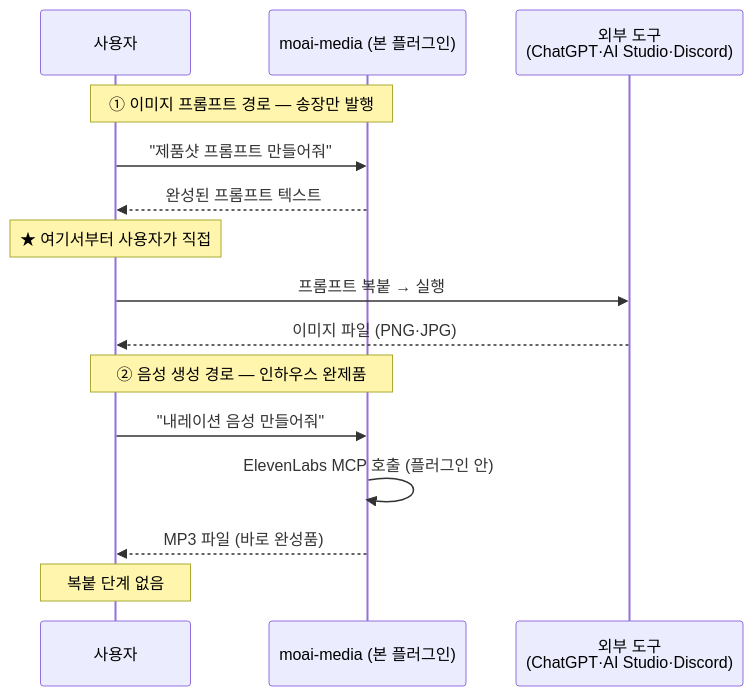
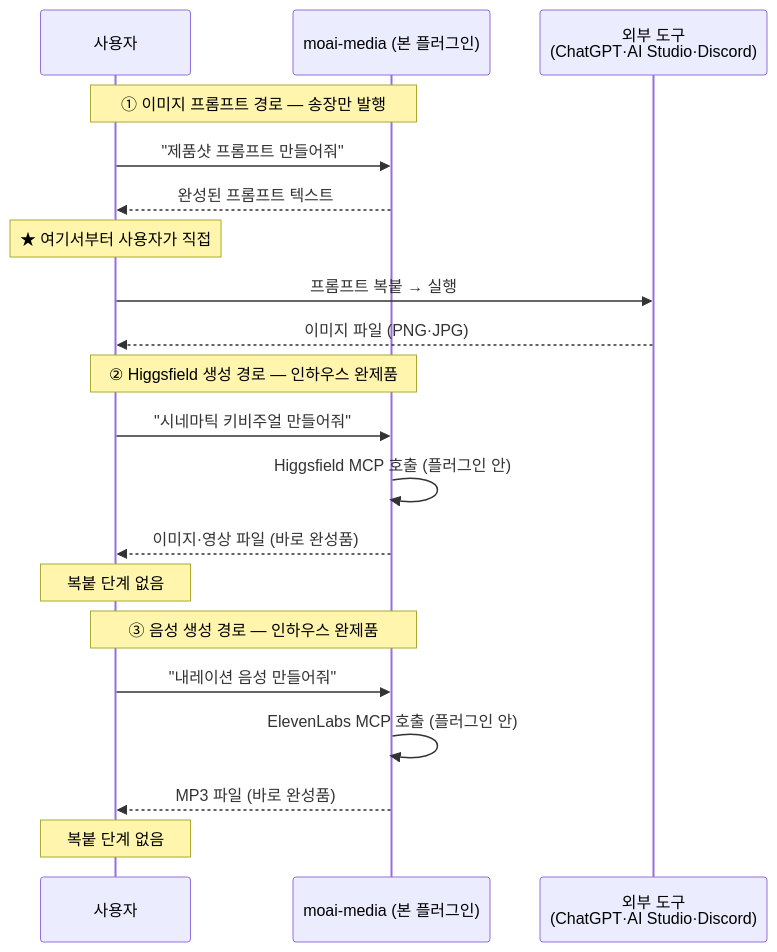
Before and after one commit to modu-ai/claude: the second of 2 diagrams in content/plugins/moai-media.md, drawn with Mermaid. The commit also changed other lines of this file and 84 other files, not shown here.

First line of the commit message:
docs(docs-site): drawio → mermaid 전환 + 카운트 정정 + drawio 잔재 제거 (v2.23.0)

````diff
--- a/content/plugins/moai-media.md
+++ b/content/plugins/moai-media.md
@@ -53,19 +62,25 @@
 ```mermaid
 sequenceDiagram
     participant U as 사용자
     participant M as moai-media (본 플러그인)
     participant E as 외부 도구<br/>(ChatGPT·AI Studio·Discord)
 
     Note over U,M: ① 이미지 프롬프트 경로 — 송장만 발행
     U->>M: "제품샷 프롬프트 만들어줘"
     M-->>U: 완성된 프롬프트 텍스트
     Note over U: ★ 여기서부터 사용자가 직접
     U->>E: 프롬프트 복붙 → 실행
     E-->>U: 이미지 파일 (PNG·JPG)
 
-    Note over U,M: ② 음성 생성 경로 — 인하우스 완제품
+    Note over U,M: ② Higgsfield 생성 경로 — 인하우스 완제품
+    U->>M: "시네마틱 키비주얼 만들어줘"
+    M->>M: Higgsfield MCP 호출 (플러그인 안)
+    M-->>U: 이미지·영상 파일 (바로 완성품)
+    Note over U: 복붙 단계 없음
+
+    Note over U,M: ③ 음성 생성 경로 — 인하우스 완제품
     U->>M: "내레이션 음성 만들어줘"
     M->>M: ElevenLabs MCP 호출 (플러그인 안)
     M-->>U: MP3 파일 (바로 완성품)
     Note over U: 복붙 단계 없음
 ```
````
